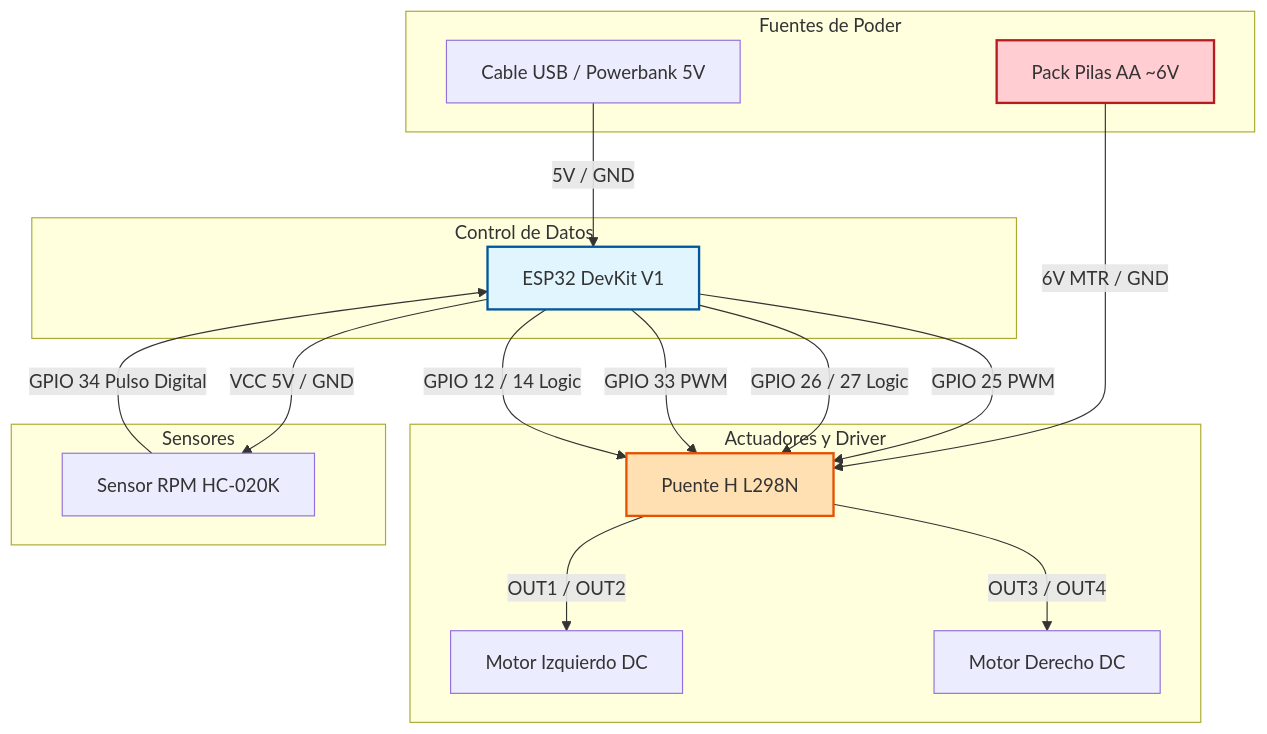
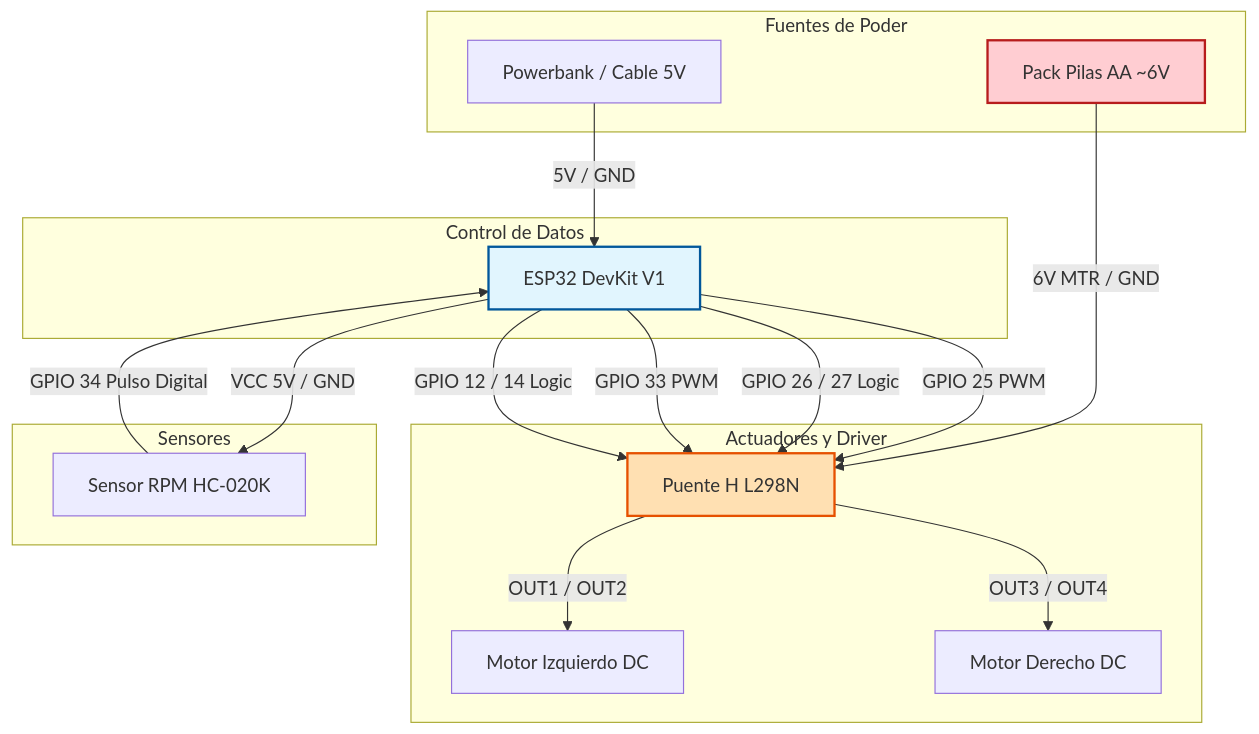
Before and after one commit to JuanLopezM31/IoT-FinalProject: the fifth of 5 diagrams in README.md, drawn with Mermaid. The commit also changed other lines of this file, not shown here.

````diff
--- a/README.md
+++ b/README.md
@@ -297,44 +211,44 @@
 ```mermaid
 graph TD
     subgraph Alimentacion [Fuentes de Poder]
         Pilas[Pack Pilas AA ~6V]
-        USB[Cable USB / Powerbank 5V]
+        USB[Powerbank / Cable 5V]
     end
 
     subgraph Logica [Control de Datos]
         ESP[ESP32 DevKit V1]
     end
 
     subgraph Potencia [Actuadores y Driver]
         L298N[Puente H L298N]
         MotIzq[Motor Izquierdo DC]
         MotDer[Motor Derecho DC]
     end
 
     subgraph Retroalimentacion [Sensores]
         HC020K[Sensor RPM HC-020K]
     end
 
     %% Conexiones de Alimentación
     Pilas -->|6V MTR / GND| L298N
     USB -->|5V / GND| ESP
     ESP -->|VCC 5V / GND| HC020K
 
     %% Conexiones ESP32 a L298N
     ESP -->|GPIO 25 PWM| L298N
     ESP -->|GPIO 26 / 27 Logic| L298N
     ESP -->|GPIO 33 PWM| L298N
     ESP -->|GPIO 12 / 14 Logic| L298N
 
     %% Conexiones L298N a Motores
     L298N -->|OUT1 / OUT2| MotIzq
     L298N -->|OUT3 / OUT4| MotDer
 
     %% Conexiones Sensor a ESP32
     HC020K -->|GPIO 34 Pulso Digital| ESP
 
     %% Estilos Visuales
     style ESP fill:#e1f5fe,stroke:#01579b,stroke-width:2px
     style L298N fill:#ffe0b2,stroke:#e65100,stroke-width:2px
     style Pilas fill:#ffcdd2,stroke:#b71c1c,stroke-width:2px
 ```
````
